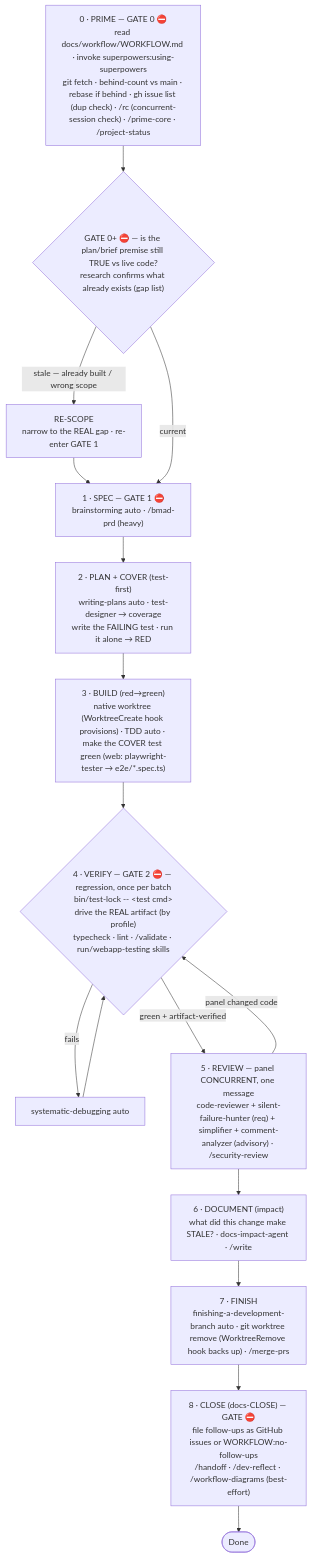
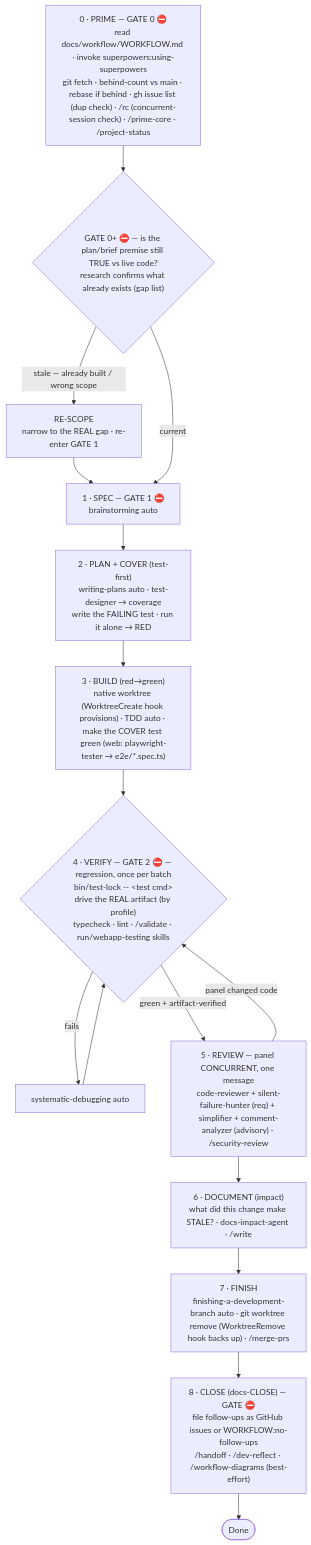
One commit to HenriGeorge/Yannick changed the first of 2 diagrams in .claude/rules/workflow.md. Above: the diagram before and after it, drawn with Mermaid. The commit also changed other lines of this file and 7 other files, not shown here.

````diff
--- a/.claude/rules/workflow.md
+++ b/.claude/rules/workflow.md
@@ -43,20 +43,20 @@
 ```mermaid
 flowchart TD
     P0["0 · PRIME — GATE 0 ⛔<br/>read docs/workflow/WORKFLOW.md · invoke superpowers:using-superpowers<br/>git fetch · behind-count vs main · rebase if behind · gh issue list (dup check) · /rc (concurrent-session check) · /prime-core · /project-status"] --> G0
     G0{"GATE 0+ ⛔ — is the plan/brief premise still TRUE vs live code?<br/>research confirms what already exists (gap list)"}
     G0 -->|"stale — already built / wrong scope"| RS["RE-SCOPE<br/>narrow to the REAL gap · re-enter GATE 1"]
     RS --> P1
     G0 -->|"current"| P1
-    P1["1 · SPEC — GATE 1 ⛔<br/>brainstorming auto · /bmad-prd (heavy)"] --> P2
+    P1["1 · SPEC — GATE 1 ⛔<br/>brainstorming auto"] --> P2
     P2["2 · PLAN + COVER (test-first)<br/>writing-plans auto · test-designer → coverage<br/>write the FAILING test · run it alone → RED"] --> P3
     P3["3 · BUILD (red→green)<br/>native worktree (WorktreeCreate hook provisions) · TDD auto · make the COVER test green (web: playwright-tester → e2e/*.spec.ts)"] --> P4
     P4{"4 · VERIFY — GATE 2 ⛔ — regression, once per batch<br/>bin/test-lock -- &lt;test cmd&gt;<br/>drive the REAL artifact (by profile)<br/>typecheck · lint · /validate · run/webapp-testing skills"}
     P4 -->|fails| DBG["systematic-debugging auto"]
     DBG --> P4
     P4 -->|"green + artifact-verified"| P5["5 · REVIEW — panel CONCURRENT, one message<br/>code-reviewer + silent-failure-hunter (req) + simplifier + comment-analyzer (advisory) · /security-review"]
     P5 -->|"panel changed code"| P4
     P5 --> P6["6 · DOCUMENT (impact)<br/>what did this change make STALE? · docs-impact-agent · /write"]
     P6 --> P7["7 · FINISH<br/>finishing-a-development-branch auto · git worktree remove (WorktreeRemove hook backs up) · /merge-prs"]
     P7 --> P8["8 · CLOSE (docs-CLOSE) — GATE ⛔<br/>file follow-ups as GitHub issues or WORKFLOW:no-follow-ups<br/>/handoff · /dev-reflect · /workflow-diagrams (best-effort)"]
     P8 --> Done([Done])
 ```
````
